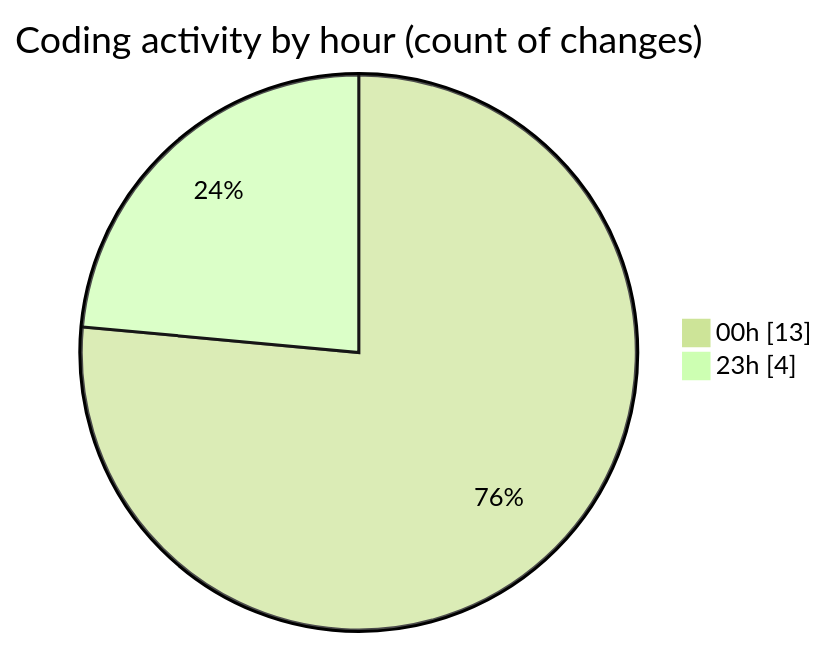
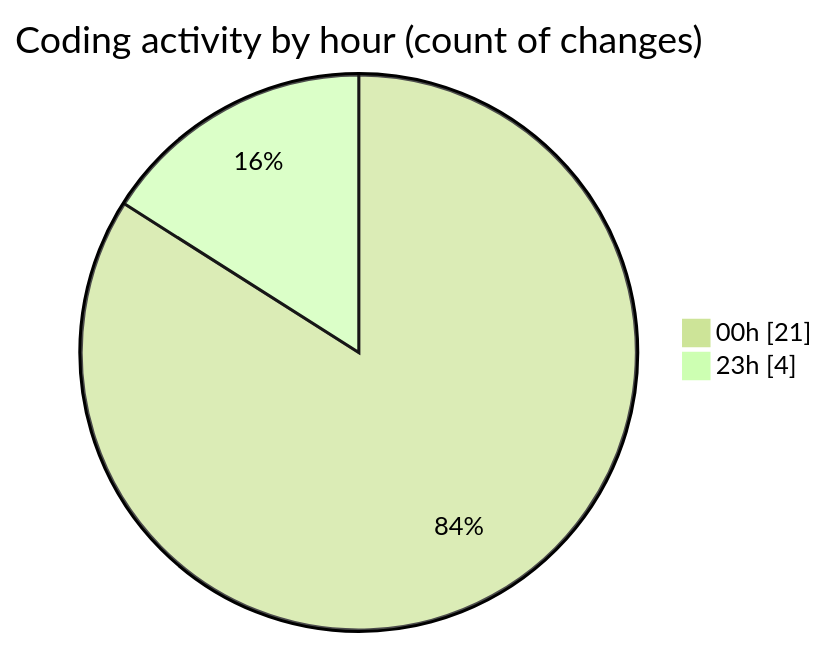
Before and after one commit to lephambinh05/code-tracking: the second of 2 diagrams in 2025-08-21/napxuvn/README.md, drawn with Mermaid (forest theme). The commit also changed other lines of this file and 1 other file, not shown here.

````diff
--- a/2025-08-21/napxuvn/README.md
+++ b/2025-08-21/napxuvn/README.md
@@ -35,6 +39,6 @@
 ```mermaid
 pie showData
 title Coding activity by hour (count of changes)
-"00h" : 13
+"00h" : 21
 "23h" : 4
 ```
````
